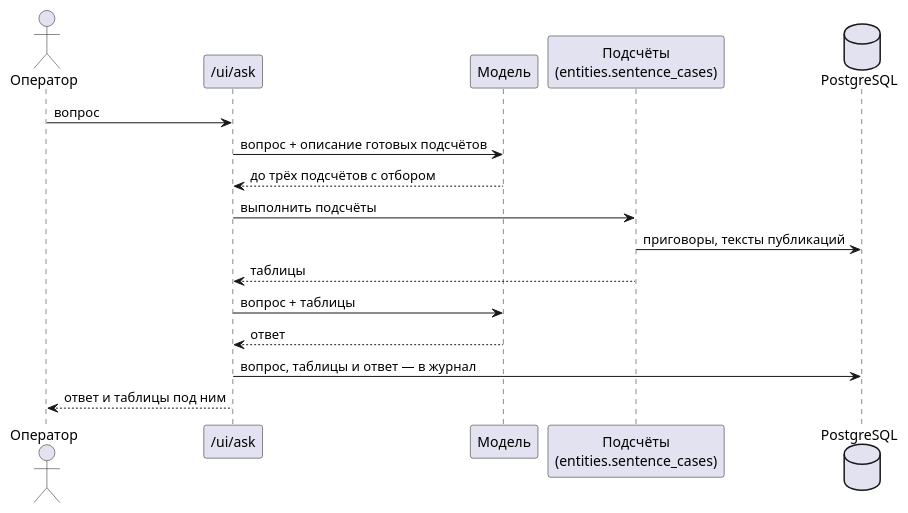
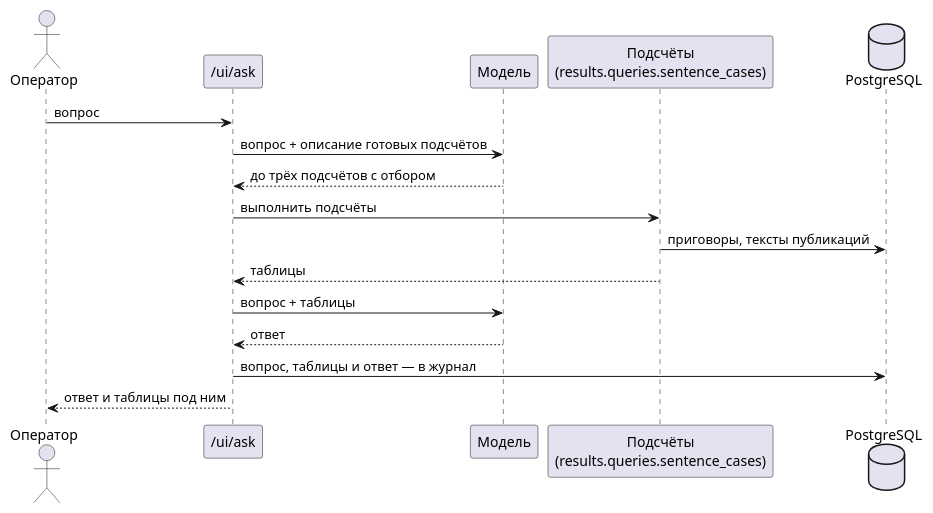
Before and after one commit to megannnn98/court-monitor: the diagram in docs/wiki/Ask.md, drawn with PlantUML. The commit also changed other lines of this file and 177 other files, not shown here.

````diff
--- a/docs/wiki/Ask.md
+++ b/docs/wiki/Ask.md
@@ -9,20 +9,20 @@
 ```plantuml
 @startuml
 actor Оператор
 participant "/ui/ask" as UI
 participant "Модель" as LLM
-participant "Подсчёты\n(entities.sentence_cases)" as C
+participant "Подсчёты\n(results.queries.sentence_cases)" as C
 database PostgreSQL as DB
 
 Оператор -> UI: вопрос
 UI -> LLM: вопрос + описание готовых подсчётов
 LLM --> UI: до трёх подсчётов с отбором
 UI -> C: выполнить подсчёты
 C -> DB: приговоры, тексты публикаций
 C --> UI: таблицы
 UI -> LLM: вопрос + таблицы
 LLM --> UI: ответ
 UI -> DB: вопрос, таблицы и ответ — в журнал
 UI --> Оператор: ответ и таблицы под ним
 @enduml
 ```
````
